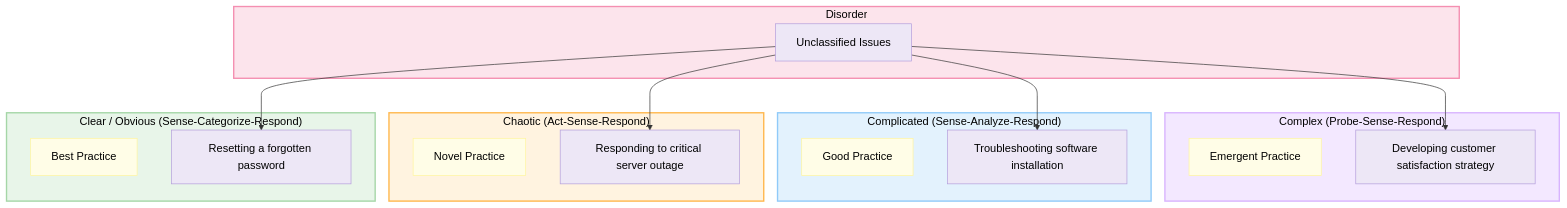
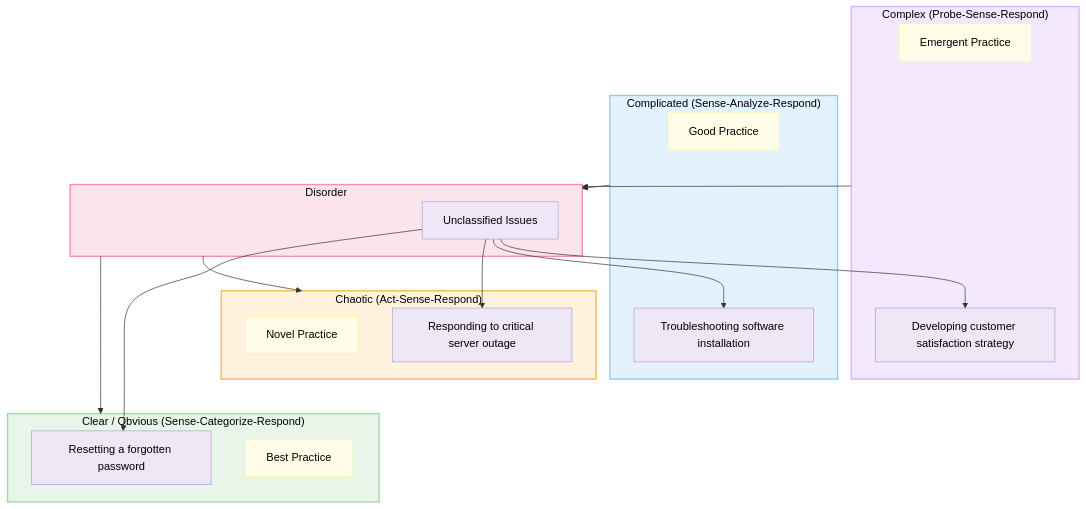
The third of 3 diagrams in backend/knowledge/cynefin.md (dhuru-7/arka), drawn with Mermaid before and after one commit. The commit also changed other lines of this file and 4 other files, not shown here.

Commit message:
Fix Cynefin diagram 2x2 grid quadrant layout structure and styling syntax label leakage

````diff
--- a/backend/knowledge/cynefin.md
+++ b/backend/knowledge/cynefin.md
@@ -64,48 +71,56 @@
 ```mermaid
 flowchart TD
     %% 1. Define Nodes inside flat subgraphs
     subgraph complex ["Complex (Probe-Sense-Respond)"]
         cx_desc["Emergent Practice"]
         cx_act["Developing customer satisfaction strategy"]
     end
 
     subgraph complicated ["Complicated (Sense-Analyze-Respond)"]
         co_desc["Good Practice"]
         co_act["Troubleshooting software installation"]
     end
 
     subgraph chaotic ["Chaotic (Act-Sense-Respond)"]
         ch_desc["Novel Practice"]
         ch_act["Responding to critical server outage"]
     end
 
     subgraph clear ["Clear / Obvious (Sense-Categorize-Respond)"]
         cl_desc["Best Practice"]
         cl_act["Resetting a forgotten password"]
     end
 
     subgraph disorder ["Disorder"]
         d_desc["Unclassified Issues"]
     end
 
     %% 2. Define Relationships
     d_desc --> cx_act
     d_desc --> co_act
     d_desc --> ch_act
     d_desc --> cl_act
 
-    %% 3. Apply Subgraph Styling
+    %% 3. Force 2x2 Quadrant Structure
+    complex ~~~ complicated
+    complex --> disorder
+    complicated --> disorder
+    disorder --> chaotic
+    disorder --> clear
+    chaotic ~~~ clear
+
+    %% 4. Apply Subgraph Styling (on separate lines at the bottom)
     style complex fill:#F3E8FF,stroke:#D8B4FE,stroke-width:2px,color:#000000
     style complicated fill:#E3F2FD,stroke:#90CAF9,stroke-width:2px,color:#000000
     style clear fill:#E8F5E9,stroke:#A5D6A7,stroke-width:2px,color:#000000
     style chaotic fill:#FFF3E0,stroke:#FFB74D,stroke-width:2px,color:#000000
     style disorder fill:#FCE4EC,stroke:#F48FB1,stroke-width:2px,color:#000000
 
-    %% 4. Apply Class Definitions for nodes
+    %% 5. Apply Class Definitions for nodes
     classDef action fill:#FFFDE7,stroke:#FFF59D,color:#000000;
     classDef scenario fill:#EDE7F6,stroke:#B39DDB,color:#000000;
     classDef info fill:#E0F7FA,stroke:#80DEEA,color:#000000;
 
     class cx_desc,co_desc,ch_desc,cl_desc action;
     class cx_act,co_act,ch_act,cl_act,d_desc scenario;
 ```
````
